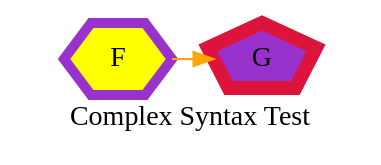
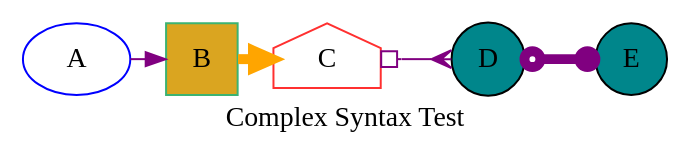
One commit to graphviz-perl/GraphViz2-Marpa-PathUtils changed the diagram in out/clusters.out.06.002.gv. Above: the diagram before and after it, drawn with Graphviz. The commit also changed 33 other files, not shown here.

```diff
--- a/out/clusters.out.06.002.gv
+++ b/out/clusters.out.06.002.gv
@@ -1,38 +1,44 @@
 strict digraph graph_55
 {
  label = "Complex Syntax Test"
 
+	A[ color = "blue"]
 	node[ shape = "house"]
 	edge[ color = "purple"]
 
 	{
  rank = "same"
 
+		C
 		node[ fillcolor = "goldenrod" shape = "circle" style = "filled"]
+		A -> B
+		B[ color = "mediumseagreen"]
+		C[ color = "firebrick1"]
+		B -> C[ color = "orange" penwidth = "5"]
 		node[ fillcolor = "turquoise4"]
+		C -> D[ arrowtail = "obox" arrowhead = "crow" dir = "both" minlen = "2"]
+		D -> E[ arrowtail = "odot" arrowhead = "dot" dir = "both" minlen = "2" penwidth = "5"]
 
 		{
 			node[ fillcolor = "darkorchid" shape = "pentagon"]
-			F[ color = "darkorchid" fillcolor = "yellow" penwidth = "5" shape = "hexagon"]
-			G[ color = "crimson" penwidth = "7"]
-			F -> G[ color = "orange"]
 
 		}
 
 	}
+	B[ shape = "square"]
 	node[ fillcolor = "lightblue" fontsize = "20" style = "filled"]
 	subgraph 
 	{
  label = "Outer"		subgraph 
 		{
  label = "Inner"
 
 			node[ fillcolor = "magenta" fontsize = "26" shape = "triangle"]
 			edge[ color = "blue"]
 
 		}
 
 	}
 	graph[ rankdir = "TB"]
 
 }
```
